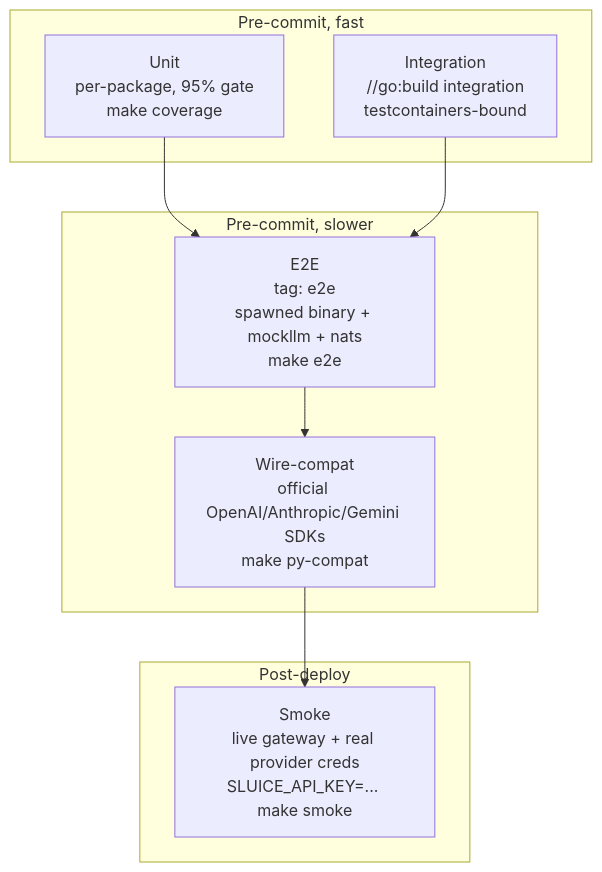
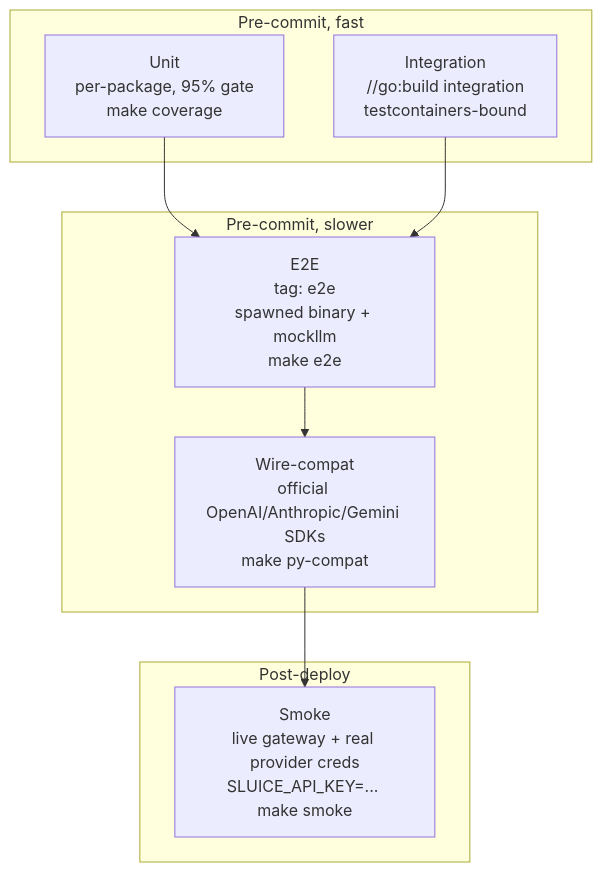
Before and after one commit to andyjmorgan/slipspace-gateway: the third of 3 diagrams in docs/local-development.md, drawn with Mermaid. The commit also changed other lines of this file and 17 other files, not shown here.

First line of the commit message:
docs: connector + spool architecture (post-NATS)

````diff
--- a/docs/local-development.md
+++ b/docs/local-development.md
@@ -285,18 +283,18 @@
 ```mermaid
 flowchart TB
     subgraph fast[Pre-commit, fast]
         Unit[Unit<br/>per-package, 95% gate<br/>make coverage]
         Integ[Integration<br/>//go:build integration<br/>testcontainers-bound]
     end
     subgraph slow[Pre-commit, slower]
-        E2E[E2E<br/>tag: e2e<br/>spawned binary + mockllm + nats<br/>make e2e]
+        E2E[E2E<br/>tag: e2e<br/>spawned binary + mockllm<br/>make e2e]
         PyCompat[Wire-compat<br/>official OpenAI/Anthropic/Gemini SDKs<br/>make py-compat]
     end
     subgraph post[Post-deploy]
         Smoke[Smoke<br/>live gateway + real provider creds<br/>SLUICE_API_KEY=... make smoke]
     end
     Unit --> E2E
     Integ --> E2E
     E2E --> PyCompat
     PyCompat --> Smoke
 ```
````
